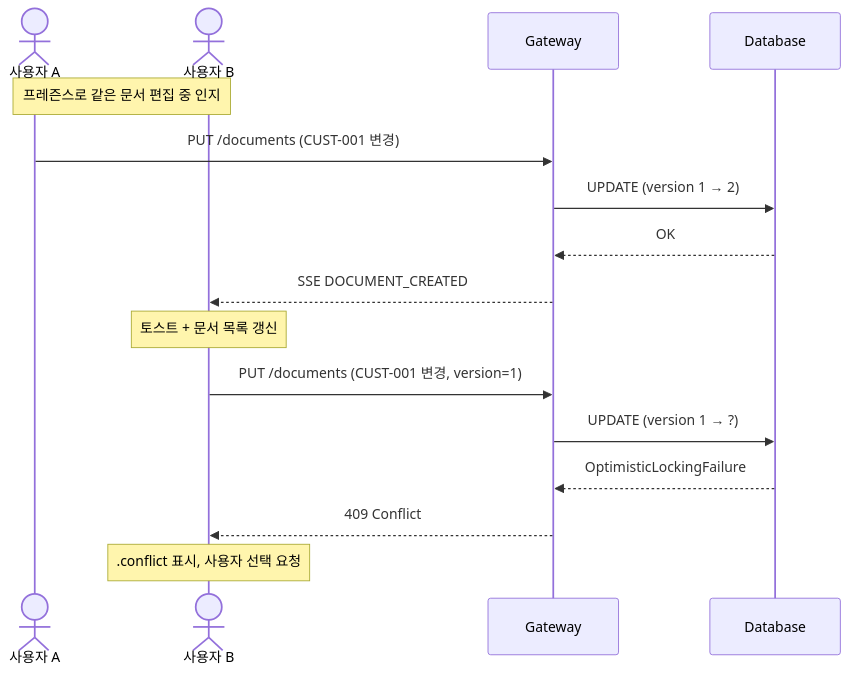
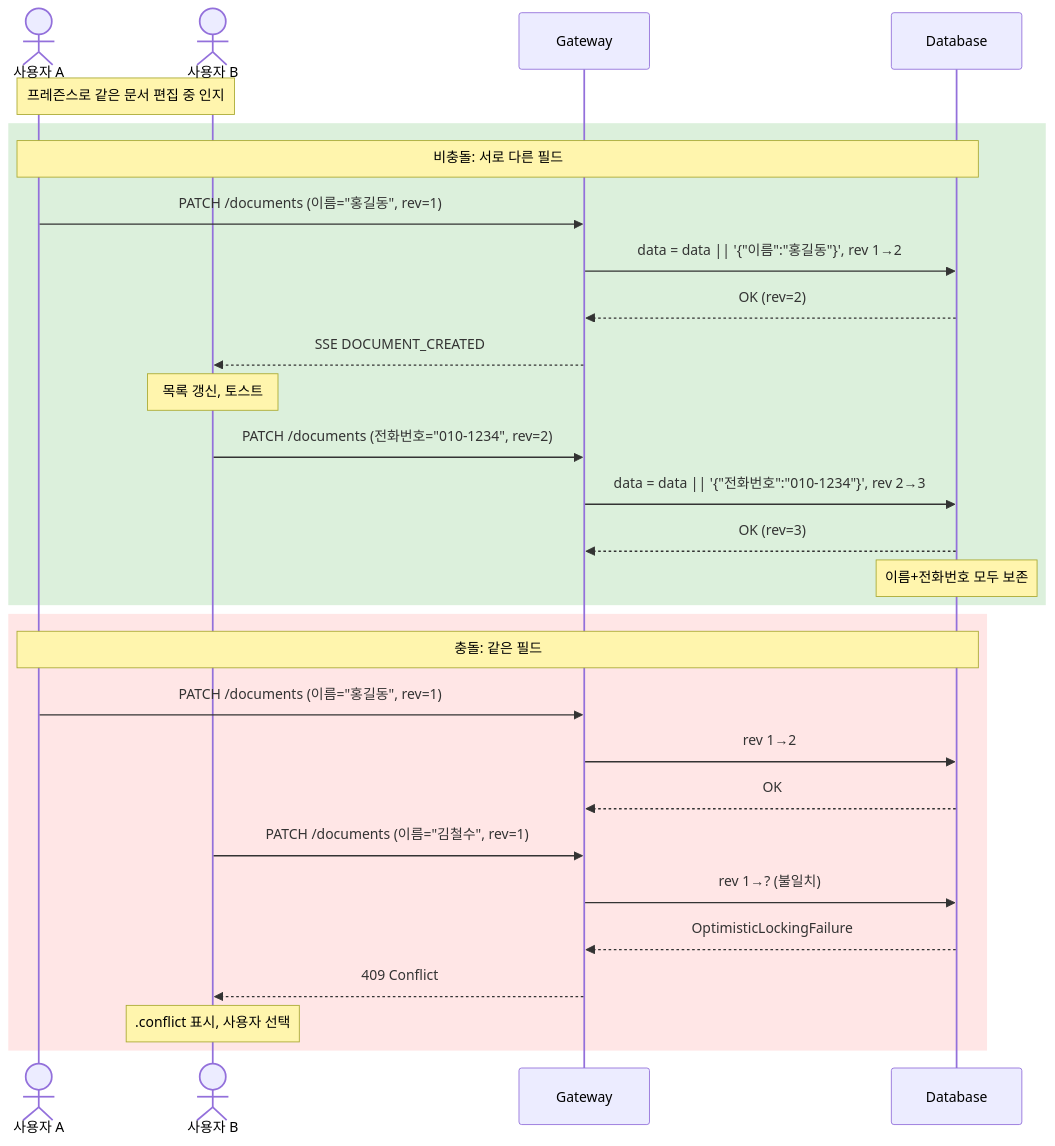
The sixth of 11 diagrams in docs/usecases.md (sayaya1090/handbook), drawn with Mermaid before and after one commit. The commit also changed other lines of this file and 74 other files, not shown here.

````diff
--- a/docs/usecases.md
+++ b/docs/usecases.md
@@ -782,21 +787,36 @@
 ```mermaid
 sequenceDiagram
     actor A as 사용자 A
     actor B as 사용자 B
     participant GW as Gateway
     participant DB as Database
 
     Note over A,B: 프레즌스로 같은 문서 편집 중 인지
 
-    A->>GW: PUT /documents (CUST-001 변경)
-    GW->>DB: UPDATE (version 1 → 2)
-    DB-->>GW: OK
-    GW-->>B: SSE DOCUMENT_CREATED
-    Note over B: 토스트 + 문서 목록 갱신
+    rect rgb(220, 240, 220)
+        Note over A,DB: 비충돌: 서로 다른 필드
+        A->>GW: PATCH /documents (이름="홍길동", rev=1)
+        GW->>DB: data = data || '{"이름":"홍길동"}', rev 1→2
+        DB-->>GW: OK (rev=2)
+        GW-->>B: SSE DOCUMENT_CREATED
+        Note over B: 목록 갱신, 토스트
 
-    B->>GW: PUT /documents (CUST-001 변경, version=1)
-    GW->>DB: UPDATE (version 1 → ?)
-    DB-->>GW: OptimisticLockingFailure
-    GW-->>B: 409 Conflict
-    Note over B: .conflict 표시, 사용자 선택 요청
+        B->>GW: PATCH /documents (전화번호="010-1234", rev=2)
+        GW->>DB: data = data || '{"전화번호":"010-1234"}', rev 2→3
+        DB-->>GW: OK (rev=3)
+        Note over DB: 이름+전화번호 모두 보존
+    end
+
+    rect rgb(255, 230, 230)
+        Note over A,DB: 충돌: 같은 필드
+        A->>GW: PATCH /documents (이름="홍길동", rev=1)
+        GW->>DB: rev 1→2
+        DB-->>GW: OK
+
+        B->>GW: PATCH /documents (이름="김철수", rev=1)
+        GW->>DB: rev 1→? (불일치)
+        DB-->>GW: OptimisticLockingFailure
+        GW-->>B: 409 Conflict
+        Note over B: .conflict 표시, 사용자 선택
+    end
 ```
````
